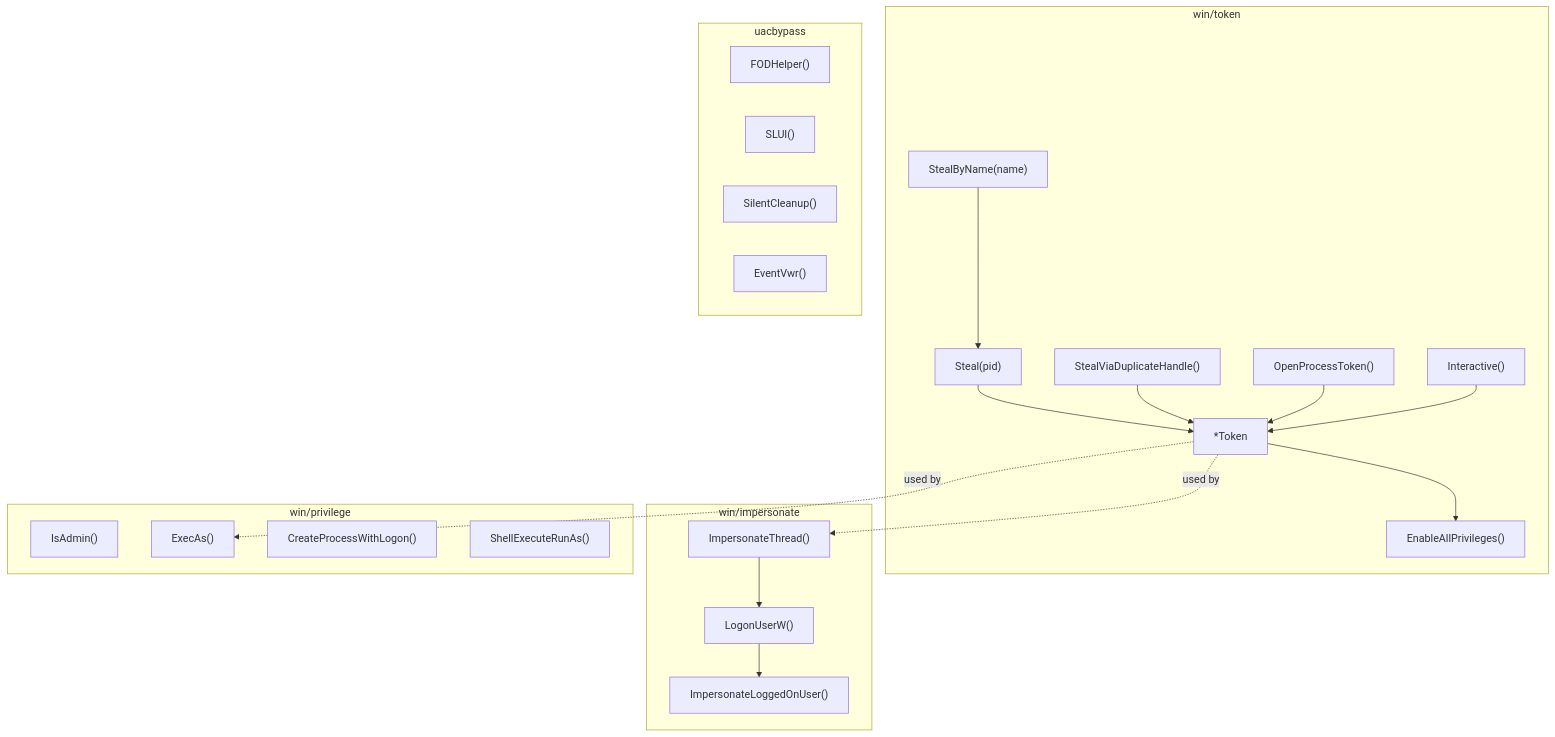
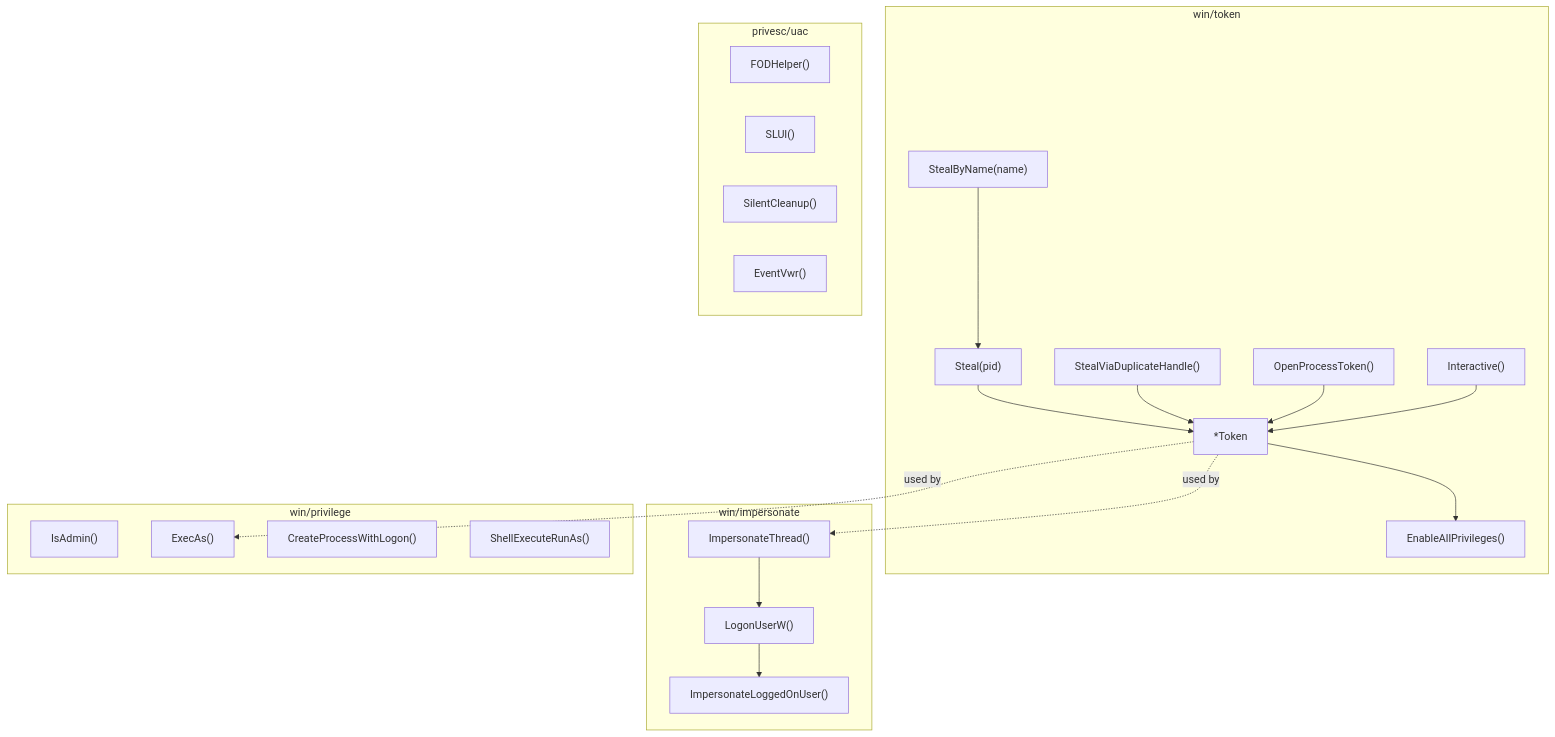
Before and after one commit to oioio-space/maldev: the diagram in docs/techniques/tokens/README.md, drawn with Mermaid. The commit also changed other lines of this file and 65 other files, not shown here.

````diff
--- a/docs/techniques/tokens/README.md
+++ b/docs/techniques/tokens/README.md
@@ -11,43 +11,43 @@
 ```mermaid
 graph TD
     subgraph "win/token"
         STEAL["Steal(pid)"]
         STEALNAME["StealByName(name)"]
         STEALDUP["StealViaDuplicateHandle()"]
         OPEN["OpenProcessToken()"]
         INTERACTIVE["Interactive()"]
         PRIV["EnableAllPrivileges()"]
         TOKEN["*Token"]
 
         STEAL --> TOKEN
         STEALNAME --> STEAL
         STEALDUP --> TOKEN
         OPEN --> TOKEN
         INTERACTIVE --> TOKEN
         TOKEN --> PRIV
     end
 
     subgraph "win/impersonate"
         LOGON["LogonUserW()"]
         IMP["ImpersonateLoggedOnUser()"]
         THREAD["ImpersonateThread()"]
         THREAD --> LOGON --> IMP
     end
 
     subgraph "win/privilege"
         ISADMIN["IsAdmin()"]
         EXECAS["ExecAs()"]
         LOGONCREATE["CreateProcessWithLogon()"]
         RUNAS["ShellExecuteRunAs()"]
     end
 
-    subgraph "uacbypass"
+    subgraph "privesc/uac"
         FOD["FODHelper()"]
         SLUI["SLUI()"]
         SILENT["SilentCleanup()"]
         EVT["EventVwr()"]
     end
 
     TOKEN -.->|"used by"| THREAD
     TOKEN -.->|"used by"| EXECAS
 ```
````
